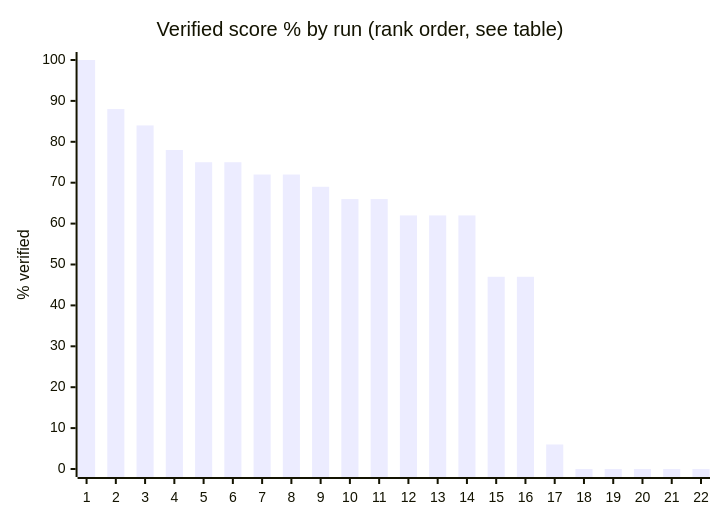
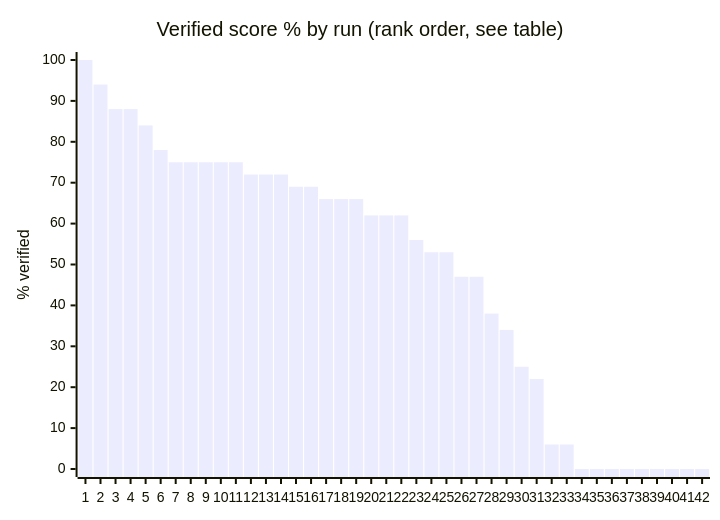
Before and after one commit to maxh8086/tokenfrugal: the first of 2 diagrams in Benchmark/Benchmark.md, drawn with Mermaid. The commit also changed other lines of this file and 3 other files, not shown here.

````diff
--- a/Benchmark/Benchmark.md
+++ b/Benchmark/Benchmark.md
@@ -75,7 +95,7 @@
 ```mermaid
 xychart-beta
     title "Verified score % by run (rank order, see table)"
-    x-axis ["1", "2", "3", "4", "5", "6", "7", "8", "9", "10", "11", "12", "13", "14", "15", "16", "17", "18", "19", "20", "21", "22"]
+    x-axis ["1", "2", "3", "4", "5", "6", "7", "8", "9", "10", "11", "12", "13", "14", "15", "16", "17", "18", "19", "20", "21", "22", "23", "24", "25", "26", "27", "28", "29", "30", "31", "32", "33", "34", "35", "36", "37", "38", "39", "40", "41", "42"]
     y-axis "% verified" 0 --> 100
-    bar [100, 88, 84, 78, 75, 75, 72, 72, 69, 66, 66, 62, 62, 62, 47, 47, 6, 0, 0, 0, 0, 0]
+    bar [100, 94, 88, 88, 84, 78, 75, 75, 75, 75, 75, 72, 72, 72, 69, 69, 66, 66, 66, 62, 62, 62, 56, 53, 53, 47, 47, 38, 34, 25, 22, 6, 6, 0, 0, 0, 0, 0, 0, 0, 0, 0]
 ```
````
